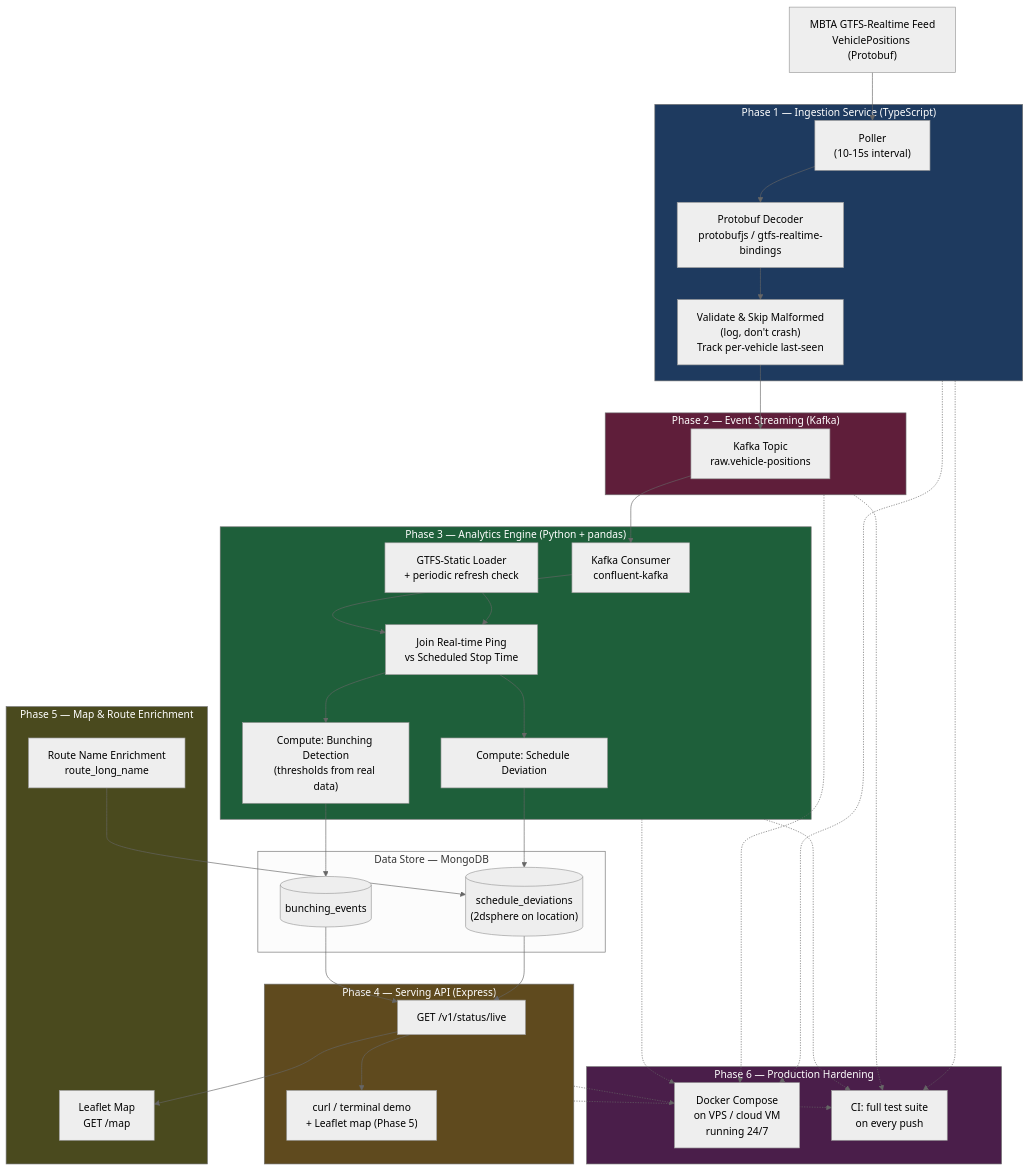
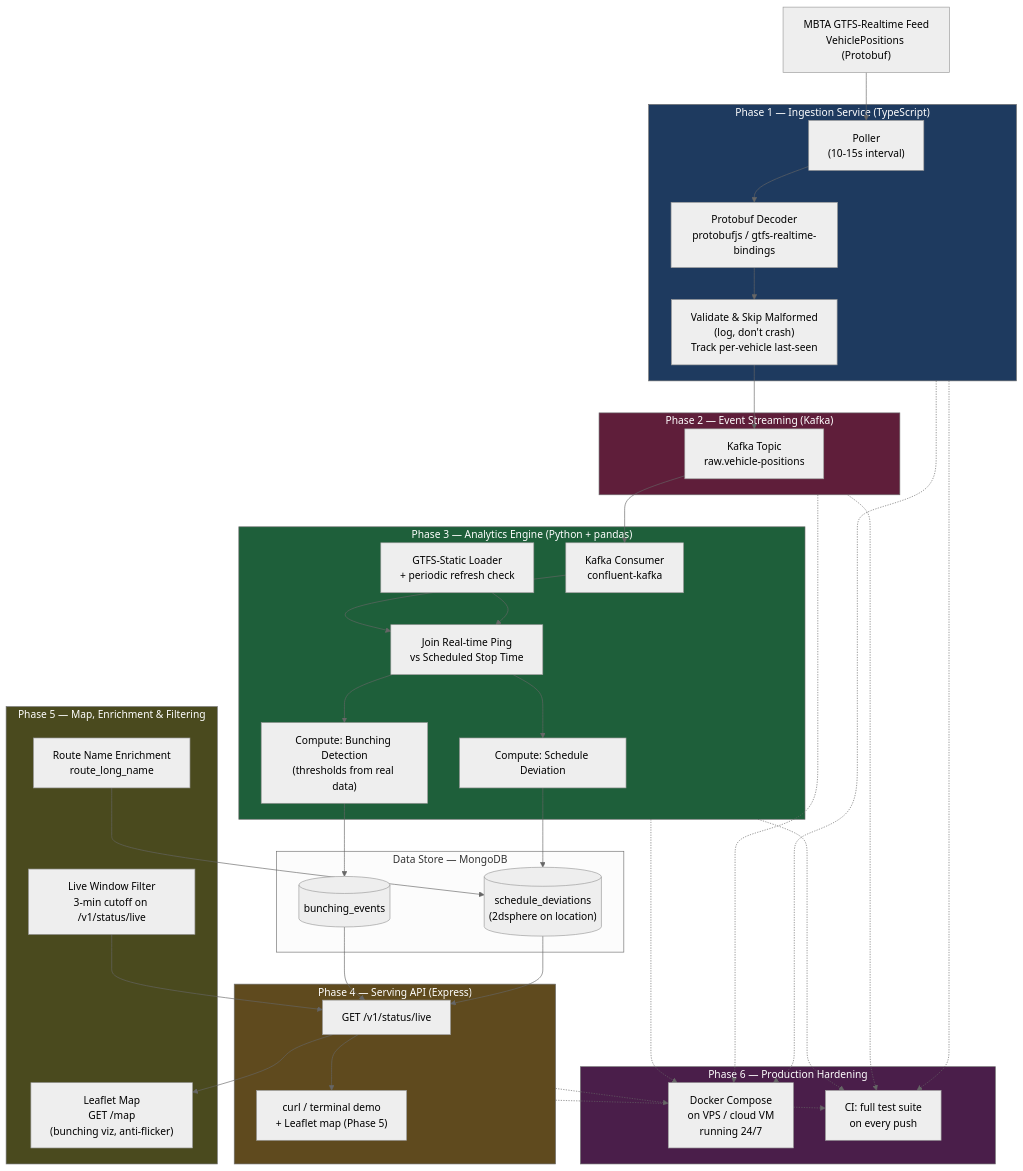
Before and after one commit to EderGtz/GTFS-Realtime-Stream-Engine: the diagram in README.md, drawn with Mermaid (neutral theme). The commit also changed other lines of this file and 1 other file, not shown here.

First line of the commit message:
docs: update README with complete Phase 5 implementation details

````diff
--- a/README.md
+++ b/README.md
@@ -416,69 +431,71 @@
 ```mermaid
 flowchart TD
     FEED["MBTA GTFS-Realtime Feed\nVehiclePositions (Protobuf)"]
 
     subgraph P1["Phase 1 — Ingestion Service (TypeScript)"]
         POLL["Poller\n(10-15s interval)"]
         DECODE["Protobuf Decoder\nprotobufjs / gtfs-realtime-bindings"]
         VALIDATE["Validate & Skip Malformed\n(log, don't crash)\nTrack per-vehicle last-seen"]
     end
 
     subgraph P2["Phase 2 — Event Streaming (Kafka)"]
         TOPIC["Kafka Topic\nraw.vehicle-positions"]
     end
 
     subgraph P3["Phase 3 — Analytics Engine (Python + pandas)"]
         CONSUME["Kafka Consumer\nconfluent-kafka"]
         STATIC["GTFS-Static Loader\n+ periodic refresh check"]
         JOIN["Join Real-time Ping\nvs Scheduled Stop Time"]
         DELAY["Compute: Schedule Deviation"]
         BUNCH["Compute: Bunching Detection\n(thresholds from real data)"]
     end
 
     subgraph STORE["Data Store — MongoDB"]
         BUNCHING[("bunching_events")]
         DEVIATIONS[("schedule_deviations\n(2dsphere on location)")]
     end
 
     subgraph P4["Phase 4 — Serving API (Express)"]
         API["GET /v1/status/live"]
         DEMO["curl / terminal demo\n+ Leaflet map (Phase 5)"]
     end
 
-    subgraph P5["Phase 5 — Map & Route Enrichment"]
-        MAP["Leaflet Map\nGET /map"]
+    subgraph P5["Phase 5 — Map, Enrichment & Filtering"]
+        MAP["Leaflet Map\nGET /map\n(bunching viz, anti-flicker)"]
         ENRICH["Route Name Enrichment\nroute_long_name"]
+        FILTER["Live Window Filter\n3-min cutoff on /v1/status/live"]
     end
 
     subgraph P6["Phase 6 — Production Hardening"]
         DEPLOY["Docker Compose\non VPS / cloud VM\nrunning 24/7"]
         CI["CI: full test suite\non every push"]
     end
 
     FEED --> POLL --> DECODE --> VALIDATE --> TOPIC
     TOPIC --> CONSUME
     STATIC --> JOIN
     CONSUME --> JOIN
     JOIN --> DELAY --> DEVIATIONS
     JOIN --> BUNCH --> BUNCHING
     DEVIATIONS --> API
     BUNCHING --> API
     API --> DEMO
     API --> MAP
     ENRICH --> DEVIATIONS
+    FILTER --> API
     P1 -.-> CI
     P2 -.-> CI
     P3 -.-> CI
     P4 -.-> CI
     P1 -.-> DEPLOY
     P2 -.-> DEPLOY
     P3 -.-> DEPLOY
     P4 -.-> DEPLOY
 
     style P1 fill:#1e3a5f,color:#fff
     style P2 fill:#5f1e3a,color:#fff
     style P3 fill:#1e5f3a,color:#fff
     style P4 fill:#5f4a1e,color:#fff
     style P5 fill:#4a4a1e,color:#fff
     style P6 fill:#4a1e4a,color:#fff
 ```
````
